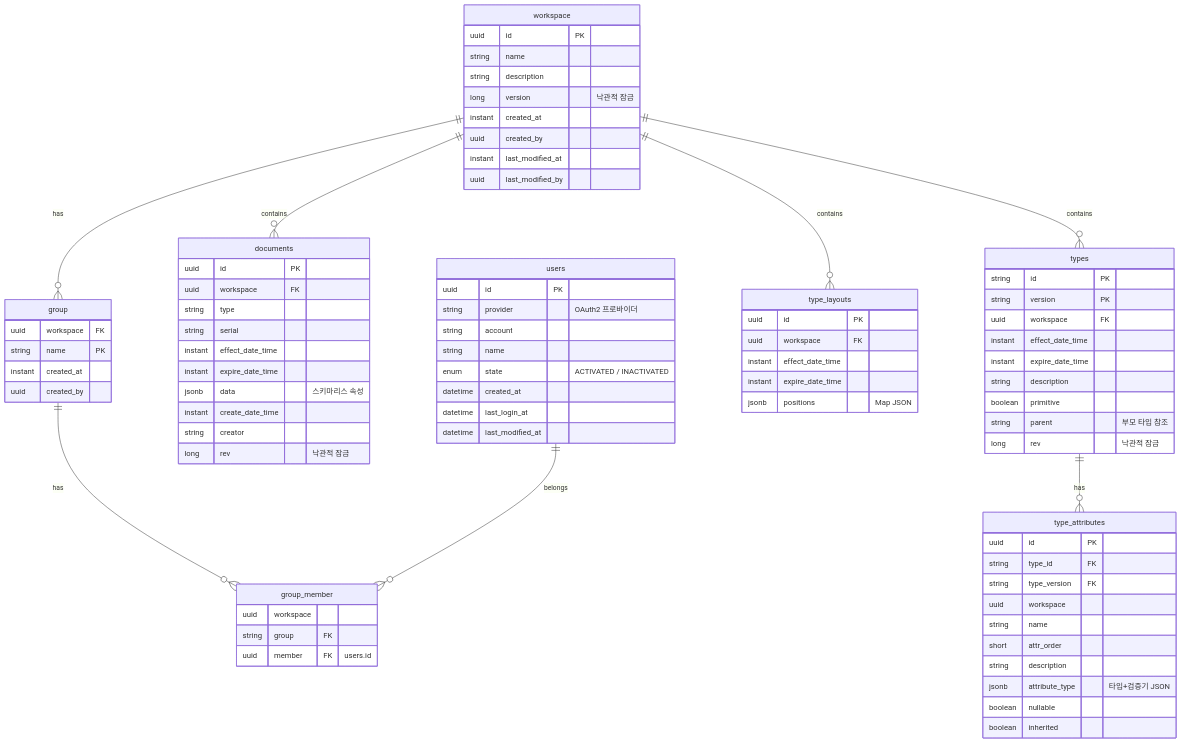
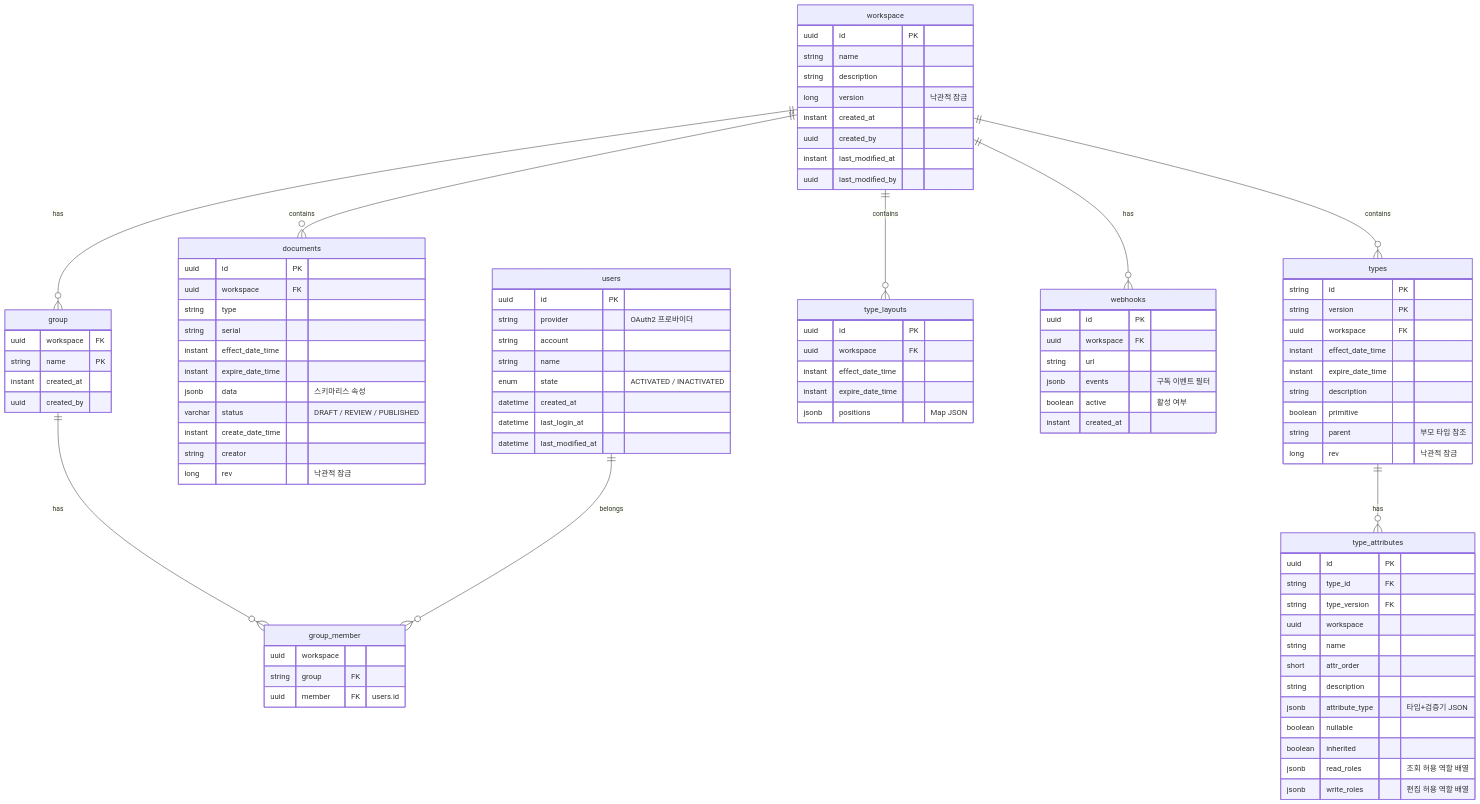
The diagram in docs/database-schema.md (sayaya1090/handbook), drawn with Mermaid before and after one commit. The commit also changed other lines of this file and 311 other files, not shown here.

````diff
--- a/docs/database-schema.md
+++ b/docs/database-schema.md
@@ -10,6 +10,7 @@
     workspace ||--o{ documents : contains
     workspace ||--o{ types : contains
     workspace ||--o{ type_layouts : contains
+    workspace ||--o{ webhooks : has
     "group" ||--o{ group_member : has
     types ||--o{ type_attributes : has
     users ||--o{ group_member : belongs
@@ -33,6 +34,7 @@
         instant effect_date_time
         instant expire_date_time
         jsonb data "스키마리스 속성"
+        varchar status "DRAFT / REVIEW / PUBLISHED"
         instant create_date_time
         string creator
         long rev "낙관적 잠금"
@@ -61,6 +63,8 @@
         jsonb attribute_type "타입+검증기 JSON"
         boolean nullable
         boolean inherited
+        jsonb read_roles "조회 허용 역할 배열"
+        jsonb write_roles "편집 허용 역할 배열"
     }
 
     type_layouts {
@@ -94,4 +98,13 @@
         string group FK
         uuid member FK "users.id"
     }
+
+    webhooks {
+        uuid id PK
+        uuid workspace FK
+        string url
+        jsonb events "구독 이벤트 필터"
+        boolean active "활성 여부"
+        instant created_at
+    }
 ```
````
